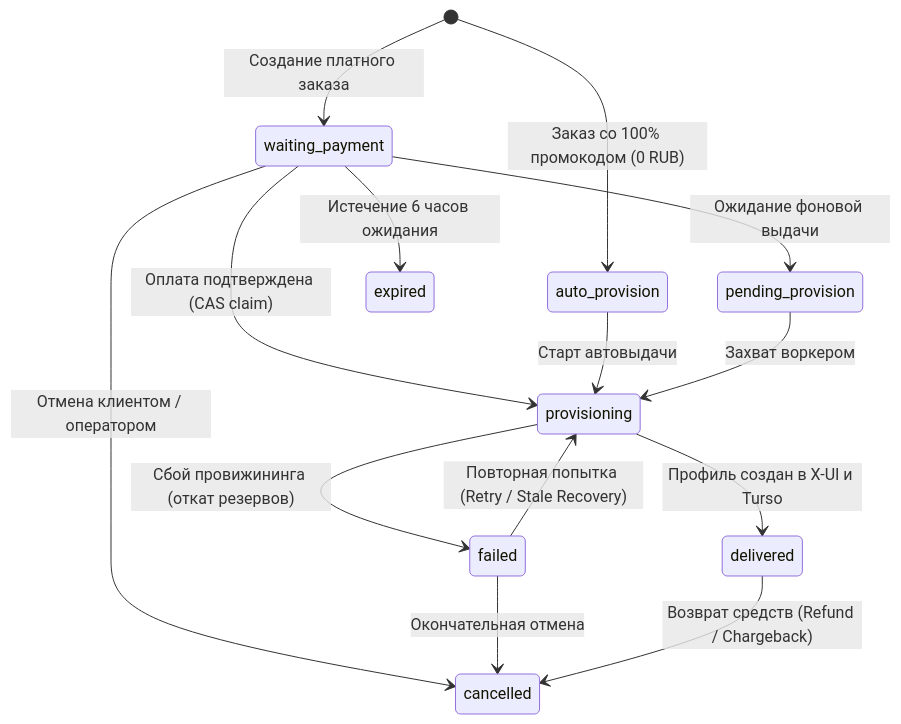
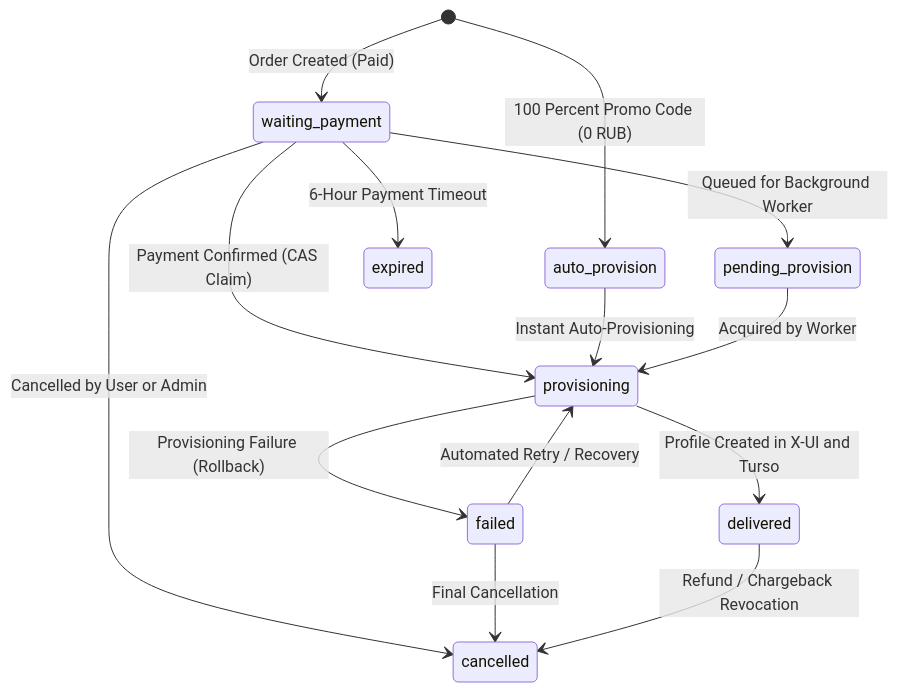
Before and after one commit to Nikitzima/SilentConnect: the fifth of 5 diagrams in ARCHITECTURE.md, drawn with Mermaid. The commit also changed other lines of this file and 5 other files, not shown here.

````diff
--- a/ARCHITECTURE.md
+++ b/ARCHITECTURE.md
@@ -257,21 +601,21 @@
 ```mermaid
 stateDiagram-v2
-    [*] --> waiting_payment: Создание платного заказа
-    [*] --> auto_provision: Заказ со 100% промокодом (0 RUB)
+    [*] --> waiting_payment: Order Created (Paid)
+    [*] --> auto_provision: 100 Percent Promo Code (0 RUB)
     
-    waiting_payment --> provisioning: Оплата подтверждена (CAS claim)
-    waiting_payment --> pending_provision: Ожидание фоновой выдачи
-    waiting_payment --> cancelled: Отмена клиентом / оператором
-    waiting_payment --> expired: Истечение 6 часов ожидания
+    waiting_payment --> provisioning: Payment Confirmed (CAS Claim)
+    waiting_payment --> pending_provision: Queued for Background Worker
+    waiting_payment --> cancelled: Cancelled by User or Admin
+    waiting_payment --> expired: 6-Hour Payment Timeout
     
-    auto_provision --> provisioning: Старт автовыдачи
-    pending_provision --> provisioning: Захват воркером
+    auto_provision --> provisioning: Instant Auto-Provisioning
+    pending_provision --> provisioning: Acquired by Worker
     
-    provisioning --> delivered: Профиль создан в X-UI и Turso
-    provisioning --> failed: Сбой провижининга (откат резервов)
+    provisioning --> delivered: Profile Created in X-UI and Turso
+    provisioning --> failed: Provisioning Failure (Rollback)
     
-    failed --> provisioning: Повторная попытка (Retry / Stale Recovery)
-    failed --> cancelled: Окончательная отмена
+    failed --> provisioning: Automated Retry / Recovery
+    failed --> cancelled: Final Cancellation
     
-    delivered --> cancelled: Возврат средств (Refund / Chargeback)
+    delivered --> cancelled: Refund / Chargeback Revocation
 ```
````
